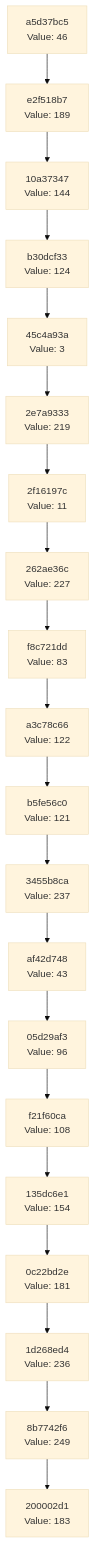
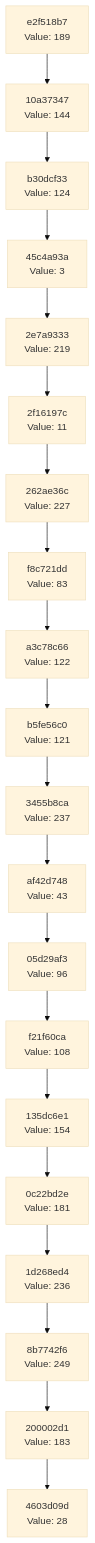
Before and after one commit to Abhisheksinha1506/hash-chain-evolver: the diagram in docs/CHAIN_VISUALIZATION.md, drawn with Mermaid (base theme). The commit also changed 3 other files, not shown here.

````diff
--- a/docs/CHAIN_VISUALIZATION.md
+++ b/docs/CHAIN_VISUALIZATION.md
@@ -3,42 +3,42 @@
 ```mermaid
 graph TD
-    C0["200002d1<br/>Value: 183"]
-    C1["8b7742f6<br/>Value: 249"]
+    C0["4603d09d<br/>Value: 28"]
+    C1["200002d1<br/>Value: 183"]
     C1 --> C0
-    C2["1d268ed4<br/>Value: 236"]
+    C2["8b7742f6<br/>Value: 249"]
     C2 --> C1
-    C3["0c22bd2e<br/>Value: 181"]
+    C3["1d268ed4<br/>Value: 236"]
     C3 --> C2
-    C4["135dc6e1<br/>Value: 154"]
+    C4["0c22bd2e<br/>Value: 181"]
     C4 --> C3
-    C5["f21f60ca<br/>Value: 108"]
+    C5["135dc6e1<br/>Value: 154"]
     C5 --> C4
-    C6["05d29af3<br/>Value: 96"]
+    C6["f21f60ca<br/>Value: 108"]
     C6 --> C5
-    C7["af42d748<br/>Value: 43"]
+    C7["05d29af3<br/>Value: 96"]
     C7 --> C6
-    C8["3455b8ca<br/>Value: 237"]
+    C8["af42d748<br/>Value: 43"]
     C8 --> C7
-    C9["b5fe56c0<br/>Value: 121"]
+    C9["3455b8ca<br/>Value: 237"]
     C9 --> C8
-    C10["a3c78c66<br/>Value: 122"]
+    C10["b5fe56c0<br/>Value: 121"]
     C10 --> C9
-    C11["f8c721dd<br/>Value: 83"]
+    C11["a3c78c66<br/>Value: 122"]
     C11 --> C10
-    C12["262ae36c<br/>Value: 227"]
+    C12["f8c721dd<br/>Value: 83"]
     C12 --> C11
-    C13["2f16197c<br/>Value: 11"]
+    C13["262ae36c<br/>Value: 227"]
     C13 --> C12
-    C14["2e7a9333<br/>Value: 219"]
+    C14["2f16197c<br/>Value: 11"]
     C14 --> C13
-    C15["45c4a93a<br/>Value: 3"]
+    C15["2e7a9333<br/>Value: 219"]
     C15 --> C14
-    C16["b30dcf33<br/>Value: 124"]
+    C16["45c4a93a<br/>Value: 3"]
     C16 --> C15
-    C17["10a37347<br/>Value: 144"]
+    C17["b30dcf33<br/>Value: 124"]
     C17 --> C16
-    C18["e2f518b7<br/>Value: 189"]
+    C18["10a37347<br/>Value: 144"]
     C18 --> C17
-    C19["a5d37bc5<br/>Value: 46"]
+    C19["e2f518b7<br/>Value: 189"]
     C19 --> C18
 ```
````
